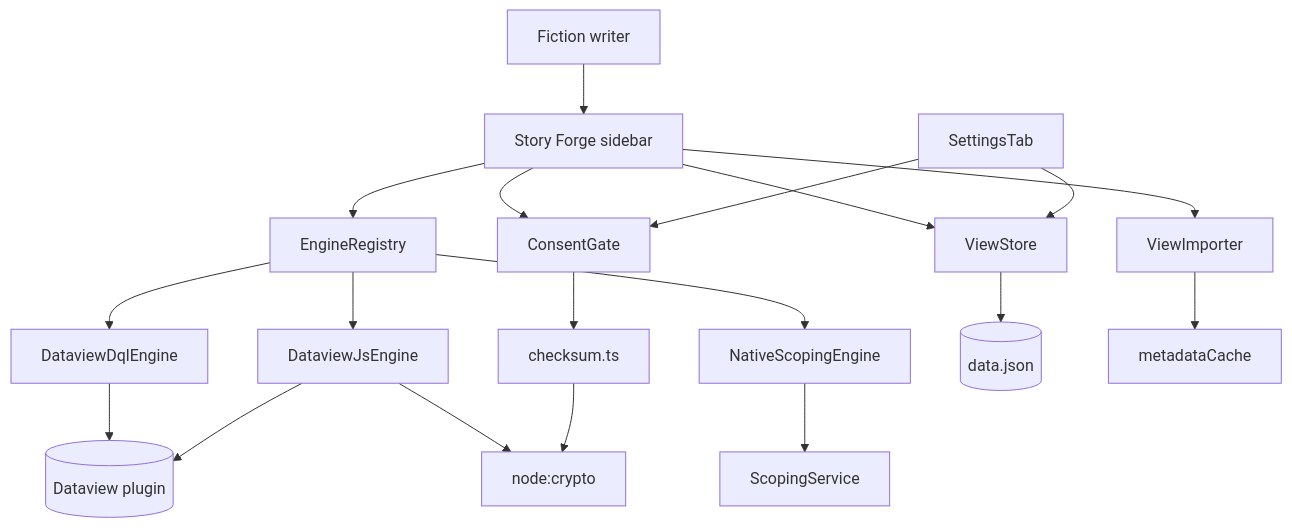
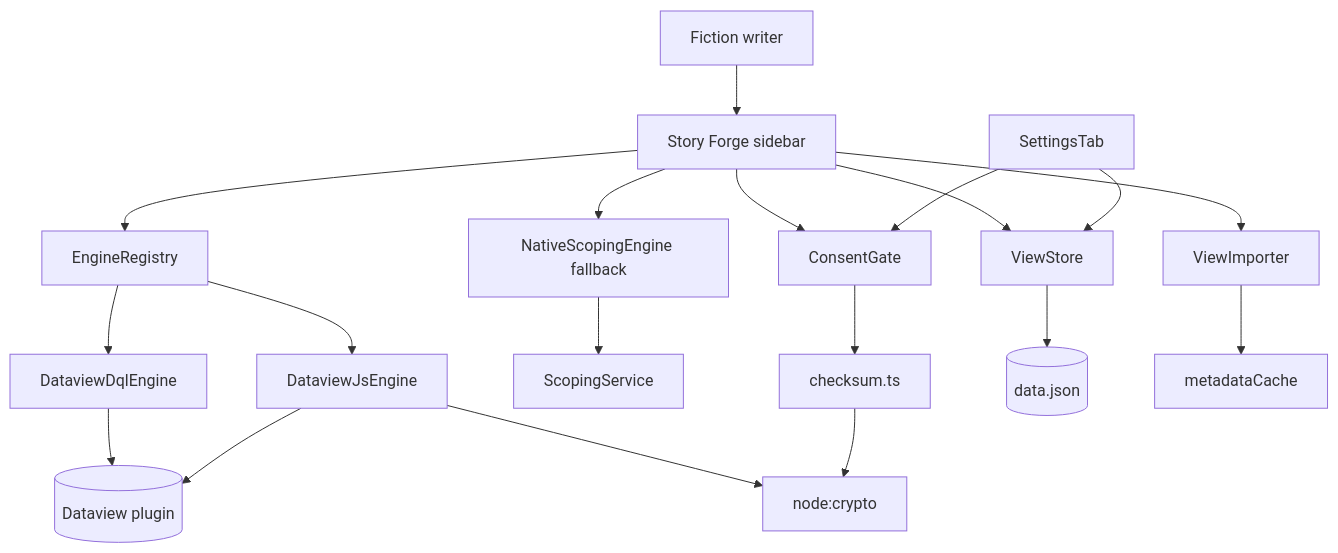
The first of 7 diagrams in docs/XDD/specs/002-query-engine-dataview/solution.md (MMoMM-org/obsidian-story-forge), drawn with Mermaid before and after one commit. The commit also changed other lines of this file, not shown here.

First line of the commit message:
docs(spec): M2 SDD — clarify source/query read + native fallback

````diff
--- a/docs/XDD/specs/002-query-engine-dataview/solution.md
+++ b/docs/XDD/specs/002-query-engine-dataview/solution.md
@@ -127,21 +127,21 @@
 ```mermaid
 graph TB
     Writer[Fiction writer] --> Panel[Story Forge sidebar]
     Panel --> ER[EngineRegistry]
     Panel --> CG[ConsentGate]
     Panel --> Store[ViewStore]
+    Panel --> NAT[NativeScopingEngine fallback]
     ER --> DQL[DataviewDqlEngine]
     ER --> DVJ[DataviewJsEngine]
-    ER --> NAT[NativeScopingEngine]
     DQL --> DV[(Dataview plugin)]
     DVJ --> DV
     DVJ --> Crypto[node:crypto]
     NAT --> SC[ScopingService]
     CG --> CH[checksum.ts]
     CH --> Crypto
     Store --> DJ[(data.json)]
     Panel --> VI[ViewImporter]
     VI --> MC[metadataCache]
     Settings[SettingsTab] --> Store
     Settings --> CG
 ```
````
